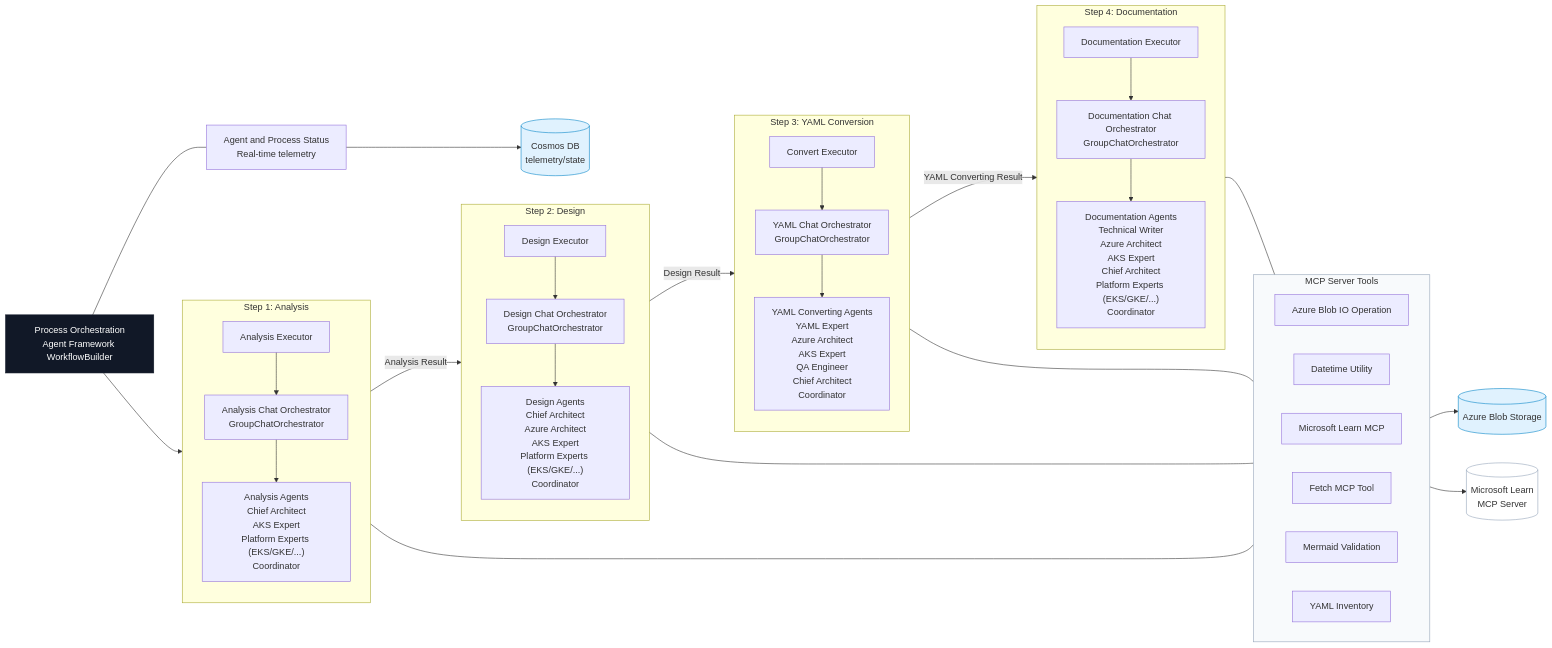
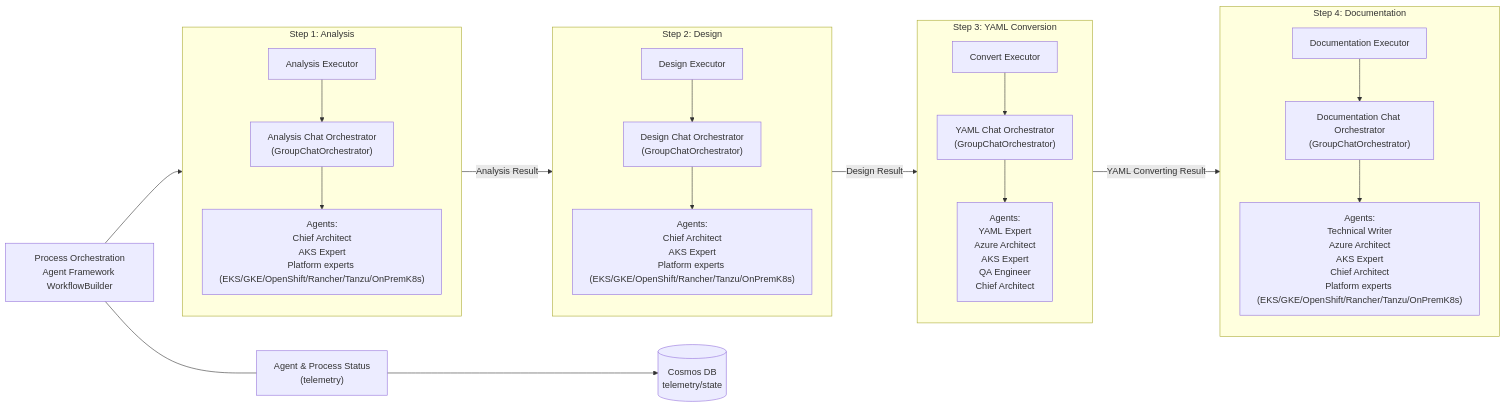
The diagram in docs/AgenticArchitecture.md (microsoft/Container-Migration-Solution-Accelerator), drawn with Mermaid before and after one commit. The commit also changed other lines of this file and 17 other files, not shown here.

````diff
--- a/docs/AgenticArchitecture.md
+++ b/docs/AgenticArchitecture.md
@@ -7,79 +7,37 @@
 ```mermaid
 flowchart LR
     %% Top-level orchestration + telemetry
-    TELEM[Agent and Process Status\nReal-time telemetry]
-    COSMOS[(Cosmos DB\ntelemetry/state)]
-    PROC[Process Orchestration\nAgent Framework WorkflowBuilder]
+    TELEM["Agent & Process Status<br/>(telemetry)"]
+    COSMOS[("Cosmos DB<br/>telemetry/state")]
+    PROC["Process Orchestration<br/>Agent Framework WorkflowBuilder"]
 
     TELEM --> COSMOS
     PROC --- TELEM
 
-    %% Step lanes (match the README image layout)
-    subgraph STEP1["Step 1: Analysis"]
+    %% Step lanes
+    subgraph S1["Step 1: Analysis"]
         direction TB
-        S1EXEC[Analysis Executor]
-        S1ORCH[Analysis Chat Orchestrator\nGroupChatOrchestrator]
-        S1AGENTS["Analysis Agents\nChief Architect\nAKS Expert\nPlatform Experts (EKS/GKE/...)\nCoordinator"]
-        S1EXEC --> S1ORCH --> S1AGENTS
+        S1EXEC["Analysis Executor"] --> S1ORCH["Analysis Chat Orchestrator<br/>(GroupChatOrchestrator)"] --> S1AGENTS["Agents:<br/>Chief Architect<br/>AKS Expert<br/>Platform experts (EKS/GKE/OpenShift/Rancher/Tanzu/OnPremK8s)"]
     end
 
-    subgraph STEP2["Step 2: Design"]
+    subgraph S2["Step 2: Design"]
         direction TB
-        S2EXEC[Design Executor]
-        S2ORCH[Design Chat Orchestrator\nGroupChatOrchestrator]
-        S2AGENTS["Design Agents\nChief Architect\nAzure Architect\nAKS Expert\nPlatform Experts (EKS/GKE/...)\nCoordinator"]
-        S2EXEC --> S2ORCH --> S2AGENTS
+        S2EXEC["Design Executor"] --> S2ORCH["Design Chat Orchestrator<br/>(GroupChatOrchestrator)"] --> S2AGENTS["Agents:<br/>Chief Architect<br/>AKS Expert<br/>Platform experts (EKS/GKE/OpenShift/Rancher/Tanzu/OnPremK8s)"]
     end
 
-    subgraph STEP3["Step 3: YAML Conversion"]
+    subgraph S3["Step 3: YAML Conversion"]
         direction TB
-        S3EXEC[Convert Executor]
-        S3ORCH[YAML Chat Orchestrator\nGroupChatOrchestrator]
-        S3AGENTS["YAML Converting Agents\nYAML Expert\nAzure Architect\nAKS Expert\nQA Engineer\nChief Architect\nCoordinator"]
-        S3EXEC --> S3ORCH --> S3AGENTS
+        S3EXEC["Convert Executor"] --> S3ORCH["YAML Chat Orchestrator<br/>(GroupChatOrchestrator)"] --> S3AGENTS["Agents:<br/>YAML Expert<br/>Azure Architect<br/>AKS Expert<br/>QA Engineer<br/>Chief Architect"]
     end
 
-    subgraph STEP4["Step 4: Documentation"]
+    subgraph S4["Step 4: Documentation"]
         direction TB
-        S4EXEC[Documentation Executor]
-        S4ORCH[Documentation Chat Orchestrator\nGroupChatOrchestrator]
-        S4AGENTS["Documentation Agents\nTechnical Writer\nAzure Architect\nAKS Expert\nChief Architect\nPlatform Experts (EKS/GKE/...)\nCoordinator"]
-        S4EXEC --> S4ORCH --> S4AGENTS
+        S4EXEC["Documentation Executor"] --> S4ORCH["Documentation Chat Orchestrator<br/>(GroupChatOrchestrator)"] --> S4AGENTS["Agents:<br/>Technical Writer<br/>Azure Architect<br/>AKS Expert<br/>Chief Architect<br/>Platform experts (EKS/GKE/OpenShift/Rancher/Tanzu/OnPremK8s)"]
     end
 
-    %% Step sequencing
-    PROC --> STEP1
-    STEP1 -->|Analysis Result| STEP2
-    STEP2 -->|Design Result| STEP3
-    STEP3 -->|YAML Converting Result| STEP4
+    PROC --> S1
+    S1 -->|Analysis Result| S2
+    S2 -->|Design Result| S3
+    S3 -->|YAML Converting Result| S4
 
-    %% MCP tools
-    subgraph MCPTOOLS["MCP Server Tools"]
-        direction LR
-        BLOB[Azure Blob IO Operation]
-        DT[Datetime Utility]
-        DOCS[Microsoft Learn MCP]
-        FETCH[Fetch MCP Tool]
-        MERMAID[Mermaid Validation]
-        YINV[YAML Inventory]
-    end
-
-    STEP1 --- MCPTOOLS
-    STEP2 --- MCPTOOLS
-    STEP3 --- MCPTOOLS
-    STEP4 --- MCPTOOLS
-
-    %% External systems
-    STORAGE[(Azure Blob Storage)]
-    LEARN[(Microsoft Learn\nMCP Server)]
-
-    BLOB --> STORAGE
-    DOCS --> LEARN
-
-    %% Style (keep minimal; Mermaid defaults render consistently)
-    style PROC fill:#111827,color:#ffffff,stroke:#111827
-    style MCPTOOLS fill:#f8fafc,stroke:#94a3b8
-    style STORAGE fill:#e0f2fe,stroke:#0284c7
-    style COSMOS fill:#e0f2fe,stroke:#0284c7
-    style LEARN fill:#ffffff,stroke:#94a3b8
 ```
````
